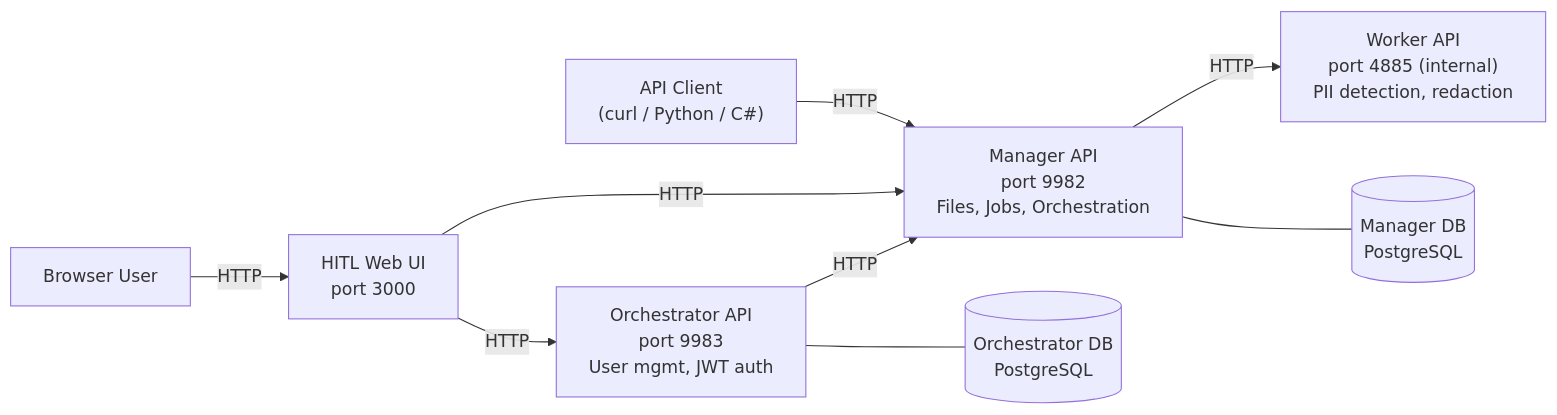
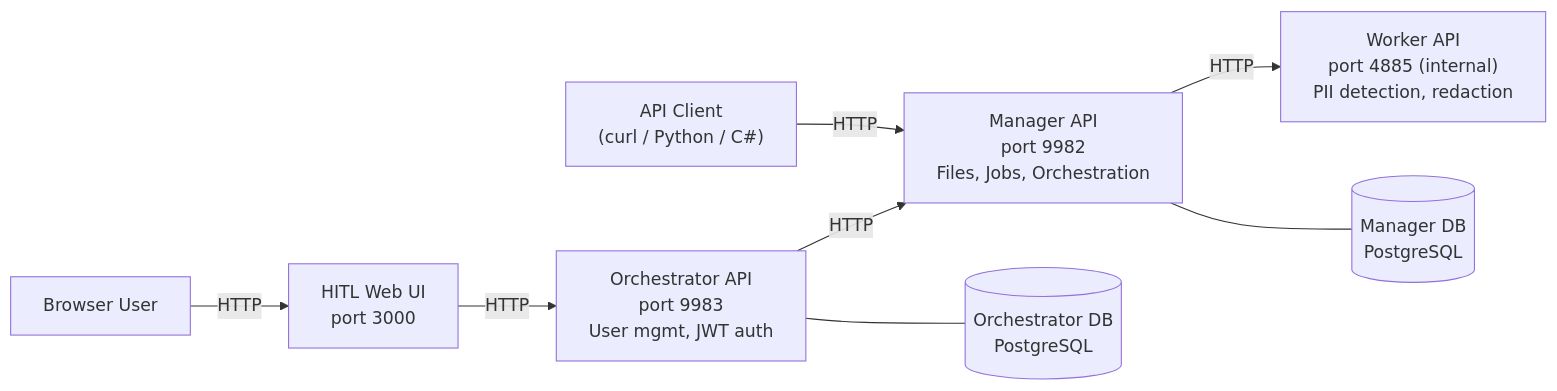
One commit to pdf-tools/smart-redact-samples changed the diagram in README.md. Above: the diagram before and after it, drawn with Mermaid. The commit also changed other lines of this file and 9 other files, not shown here.

````diff
--- a/README.md
+++ b/README.md
@@ -11,20 +11,19 @@
 ```mermaid
 flowchart LR
     Browser["Browser User"]
     Client["API Client<br/>(curl / Python / C#)"]
     HITL["HITL Web UI<br/>port 3000"]
     Orchestrator["Orchestrator API<br/>port 9983<br/>User mgmt, JWT auth"]
     Manager["Manager API<br/>port 9982<br/>Files, Jobs, Orchestration"]
     Worker["Worker API<br/>port 4885 (internal)<br/>PII detection, redaction"]
     OrchDB[("Orchestrator DB<br/>PostgreSQL")]
     ManagerDB[("Manager DB<br/>PostgreSQL")]
 
     Browser -- HTTP --> HITL
     Client -- HTTP --> Manager
     HITL -- HTTP --> Orchestrator
-    HITL -- HTTP --> Manager
     Orchestrator -- HTTP --> Manager
     Manager -- HTTP --> Worker
     Orchestrator --- OrchDB
     Manager --- ManagerDB
 ```
````
